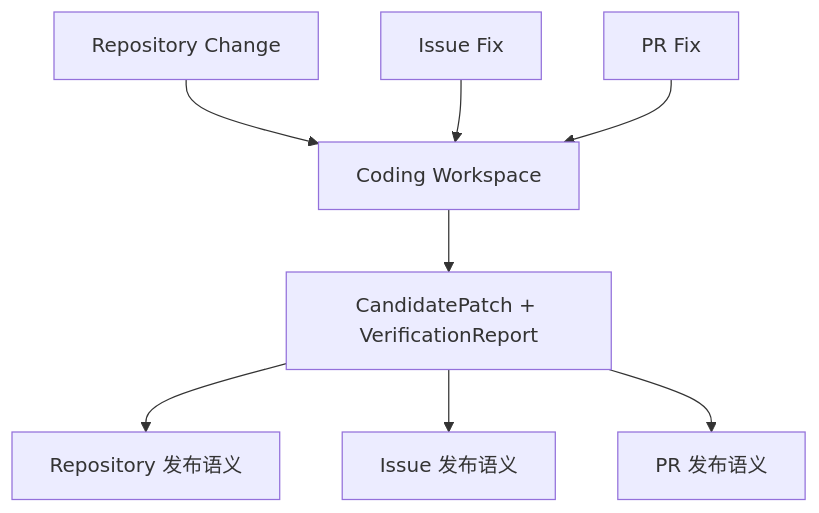
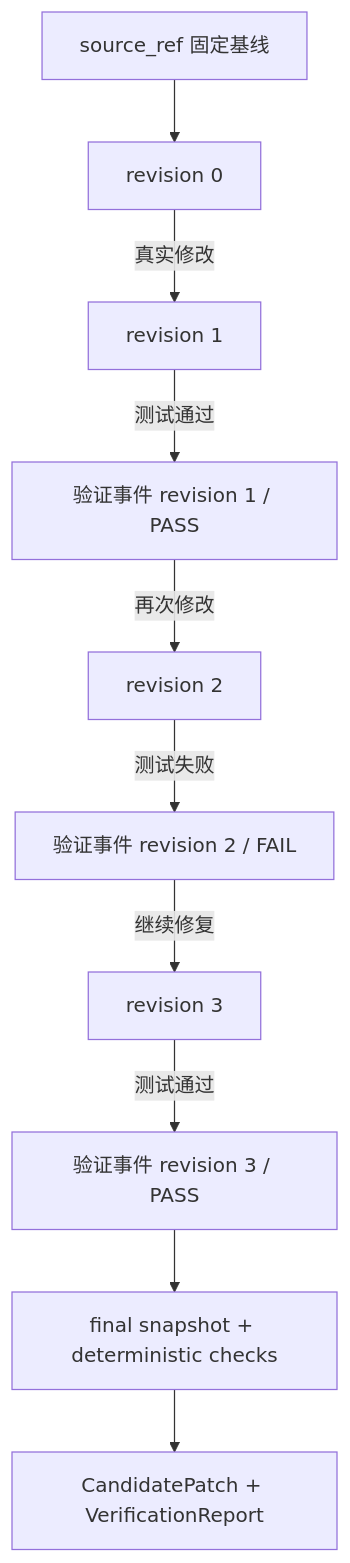
One commit to Arthur999459up/GitAgent changed diagram 11 of 11 in docs/07-coding-workspace-and-verification.md. Above: the diagram before and after it, drawn with Mermaid. The commit also changed other lines of this file and 3 other files, not shown here.

````diff
--- a/docs/07-coding-workspace-and-verification.md
+++ b/docs/07-coding-workspace-and-verification.md
@@ -241,10 +402,12 @@
 ```mermaid
 flowchart TD
-    R[Repository Change] --> C[Coding Workspace]
-    I[Issue Fix] --> C
-    P[PR Fix] --> C
-    C --> V[CandidatePatch + VerificationReport]
-    V --> RP[Repository 发布语义]
-    V --> IP[Issue 发布语义]
-    V --> PP[PR 发布语义]
+    S[source_ref 固定基线] --> R0[revision 0]
+    R0 -->|真实修改| R1[revision 1]
+    R1 -->|测试通过| V1[验证事件 revision 1 / PASS]
+    V1 -->|再次修改| R2[revision 2]
+    R2 -->|测试失败| F2[验证事件 revision 2 / FAIL]
+    F2 -->|继续修复| R3[revision 3]
+    R3 -->|测试通过| V3[验证事件 revision 3 / PASS]
+    V3 --> Z[final snapshot + deterministic checks]
+    Z --> P[CandidatePatch + VerificationReport]
 ```
````
